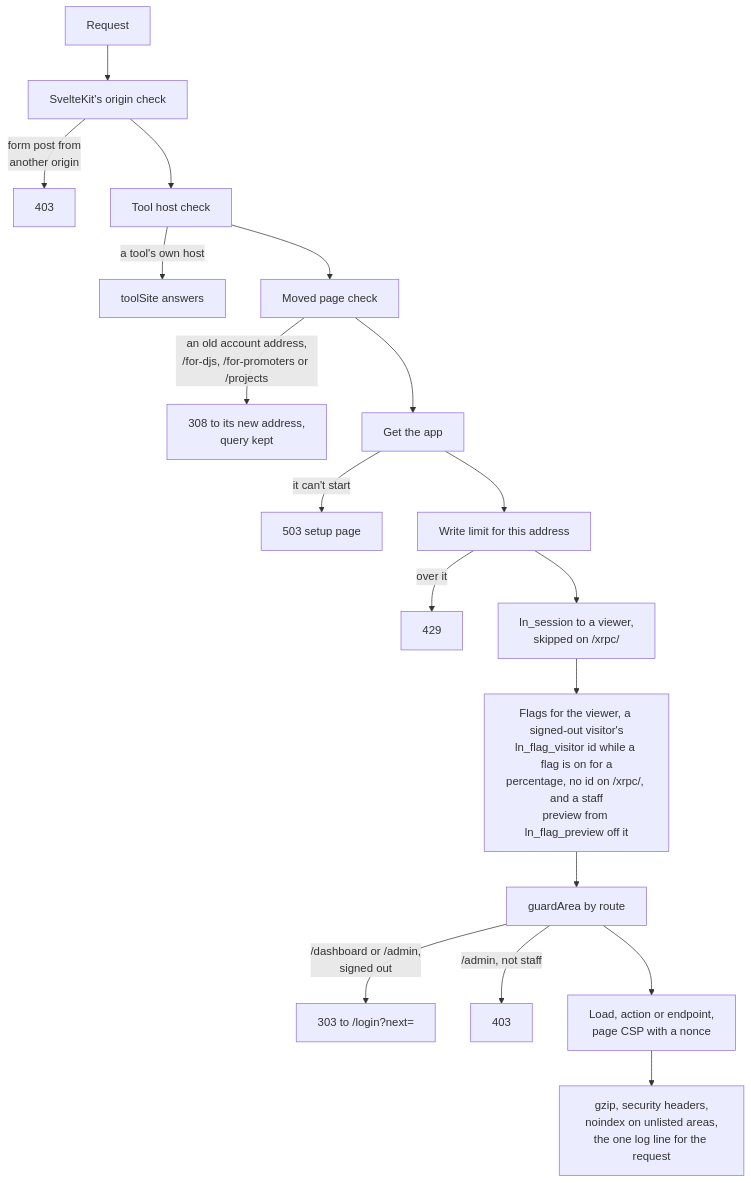
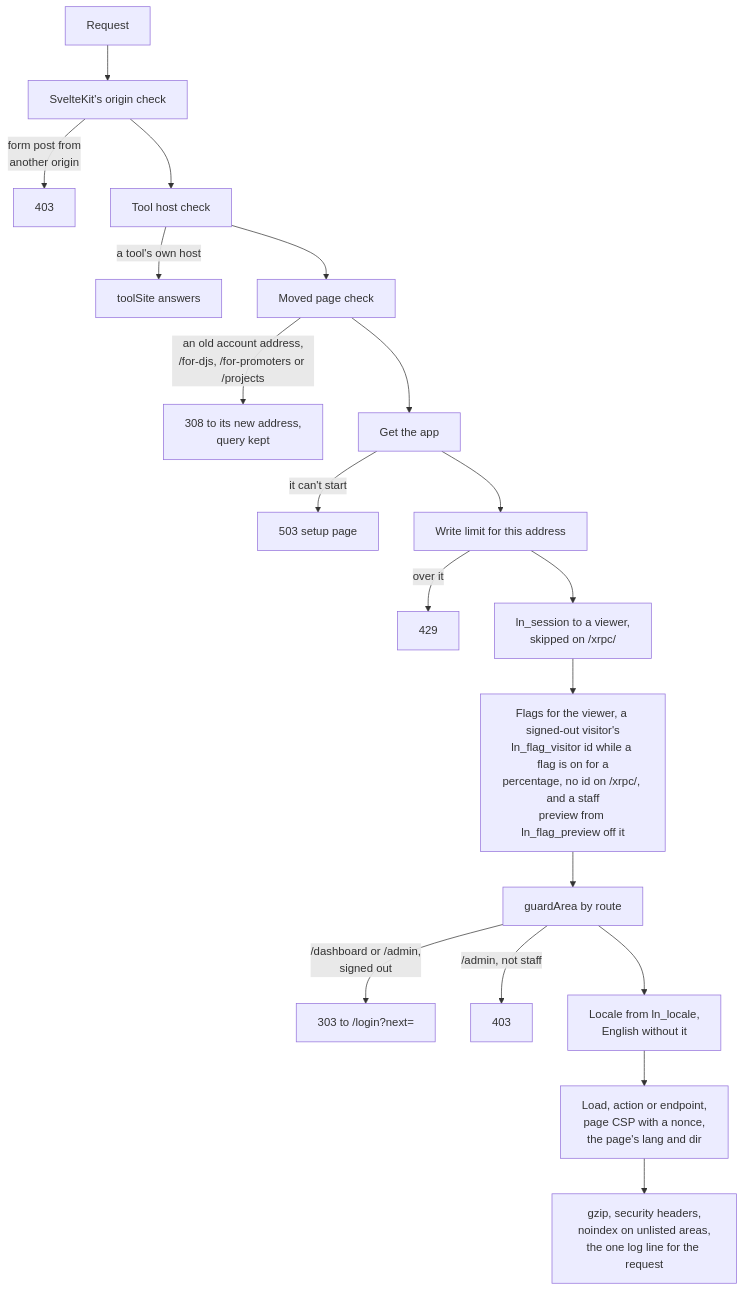
One commit to cutenode/localnetwork changed the first of 11 diagrams in apps/web/docs/diagrams/requests-and-routes.md. Above: the diagram before and after it, drawn with Mermaid. The commit also changed other lines of this file and 89 other files, not shown here.

First line of the commit message:
feat(web): set up paraglide with english and an en-xa pseudo-locale

````diff
--- a/apps/web/docs/diagrams/requests-and-routes.md
+++ b/apps/web/docs/diagrams/requests-and-routes.md
@@ -21,20 +21,21 @@
 ```mermaid
 flowchart TD
   In["Request"] --> Csrf["SvelteKit's origin check"]
   Csrf -- "form post from<br/>another origin" --> Blocked["403"]
   Csrf --> Tool["Tool host check"]
   Tool -- "a tool's own host" --> ToolSite["toolSite answers"]
   Tool --> Moved["Moved page check"]
   Moved -- "an old account address,<br/>/for-djs, /for-promoters or /projects" --> Redirect["308 to its new address,<br/>query kept"]
   Moved --> Load["Get the app"]
   Load -- "it can't start" --> Setup["503 setup page"]
   Load --> Limit["Write limit for this address"]
   Limit -- "over it" --> Slow["429"]
   Limit --> Session["ln_session to a viewer,<br/>skipped on /xrpc/"]
   Session --> Flags["Flags for the viewer, a signed-out visitor's<br/>ln_flag_visitor id while a flag is on for a<br/>percentage, no id on /xrpc/, and a staff<br/>preview from ln_flag_preview off it"]
   Flags --> Guard["guardArea by route"]
   Guard -- "/dashboard or /admin,<br/>signed out" --> Login["303 to /login?next="]
   Guard -- "/admin, not staff" --> Refused["403"]
-  Guard --> Route["Load, action or endpoint,<br/>page CSP with a nonce"]
+  Guard --> Locale["Locale from ln_locale,<br/>English without it"]
+  Locale --> Route["Load, action or endpoint,<br/>page CSP with a nonce,<br/>the page's lang and dir"]
   Route --> Out["gzip, security headers,<br/>noindex on unlisted areas,<br/>the one log line for the request"]
 ```
````
